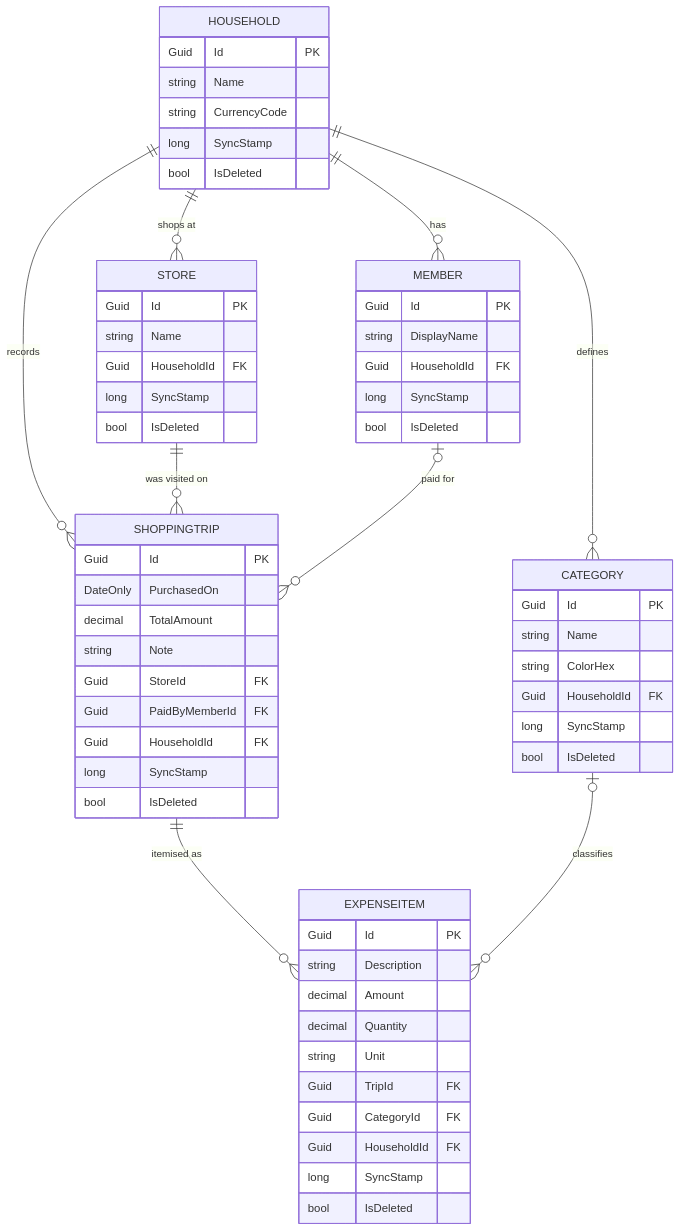
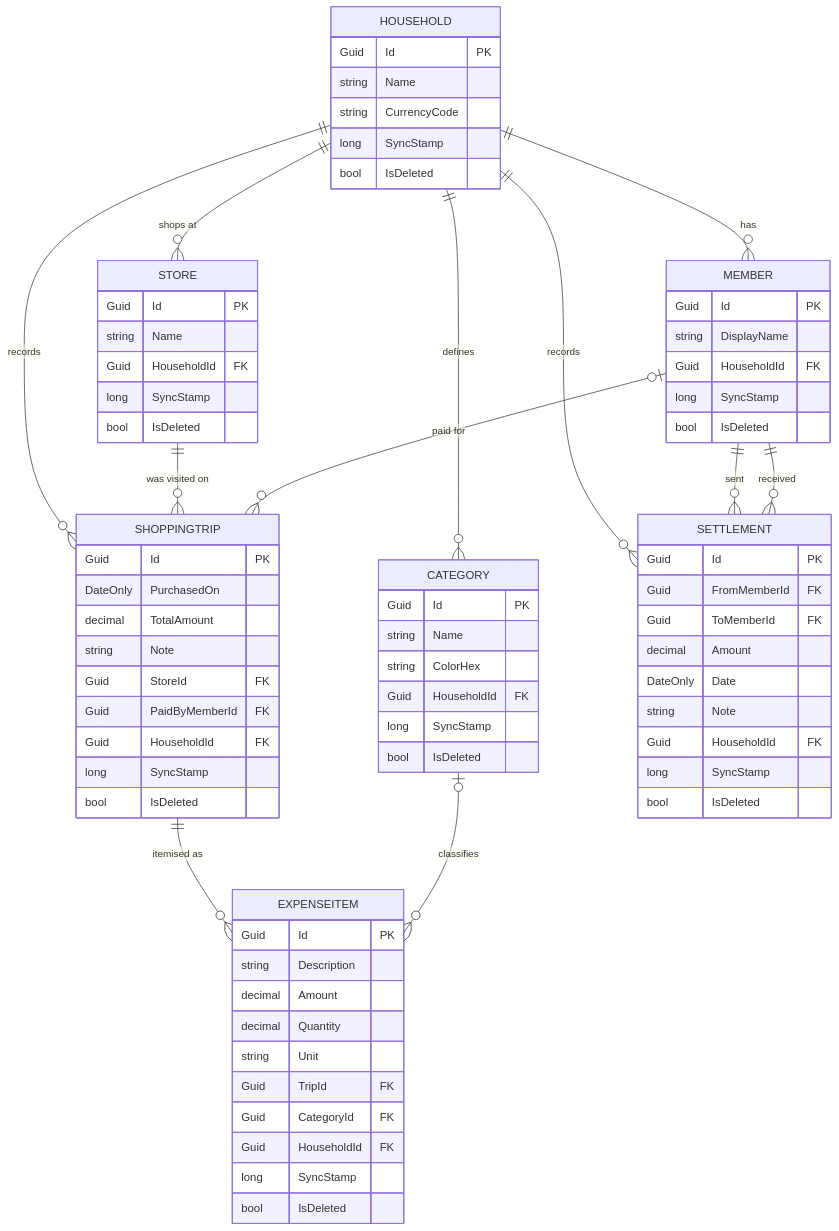
The diagram in Applications/GroceryTracker/src/Domain/Model/README.md (CodeIsNotEvil/MyMonoRepo), drawn with Mermaid before and after one commit. The commit also changed other lines of this file and 28 other files, not shown here.

````diff
--- a/Applications/GroceryTracker/src/Domain/Model/README.md
+++ b/Applications/GroceryTracker/src/Domain/Model/README.md
@@ -7,64 +7,78 @@
 ```mermaid
 erDiagram
     HOUSEHOLD {
         Guid Id PK
         string Name
         string CurrencyCode
         long SyncStamp
         bool IsDeleted
     }
     MEMBER {
         Guid Id PK
         string DisplayName
         Guid HouseholdId FK
         long SyncStamp
         bool IsDeleted
     }
     STORE {
         Guid Id PK
         string Name
         Guid HouseholdId FK
         long SyncStamp
         bool IsDeleted
     }
     CATEGORY {
         Guid Id PK
         string Name
         string ColorHex
         Guid HouseholdId FK
         long SyncStamp
         bool IsDeleted
     }
     SHOPPINGTRIP {
         Guid Id PK
         DateOnly PurchasedOn
         decimal TotalAmount
         string Note
         Guid StoreId FK
         Guid PaidByMemberId FK
         Guid HouseholdId FK
         long SyncStamp
         bool IsDeleted
     }
+    SETTLEMENT {
+        Guid Id PK
+        Guid FromMemberId FK
+        Guid ToMemberId FK
+        decimal Amount
+        DateOnly Date
+        string Note
+        Guid HouseholdId FK
+        long SyncStamp
+        bool IsDeleted
+    }
     EXPENSEITEM {
         Guid Id PK
         string Description
         decimal Amount
         decimal Quantity
         string Unit
         Guid TripId FK
         Guid CategoryId FK
         Guid HouseholdId FK
         long SyncStamp
         bool IsDeleted
     }
 
     HOUSEHOLD ||--o{ MEMBER : "has"
     HOUSEHOLD ||--o{ STORE : "shops at"
     HOUSEHOLD ||--o{ CATEGORY : "defines"
     HOUSEHOLD ||--o{ SHOPPINGTRIP : "records"
     STORE ||--o{ SHOPPINGTRIP : "was visited on"
     MEMBER |o--o{ SHOPPINGTRIP : "paid for"
+    HOUSEHOLD ||--o{ SETTLEMENT : "records"
+    MEMBER ||--o{ SETTLEMENT : "sent"
+    MEMBER ||--o{ SETTLEMENT : "received"
     SHOPPINGTRIP ||--o{ EXPENSEITEM : "itemised as"
     CATEGORY |o--o{ EXPENSEITEM : "classifies"
 ```
````
